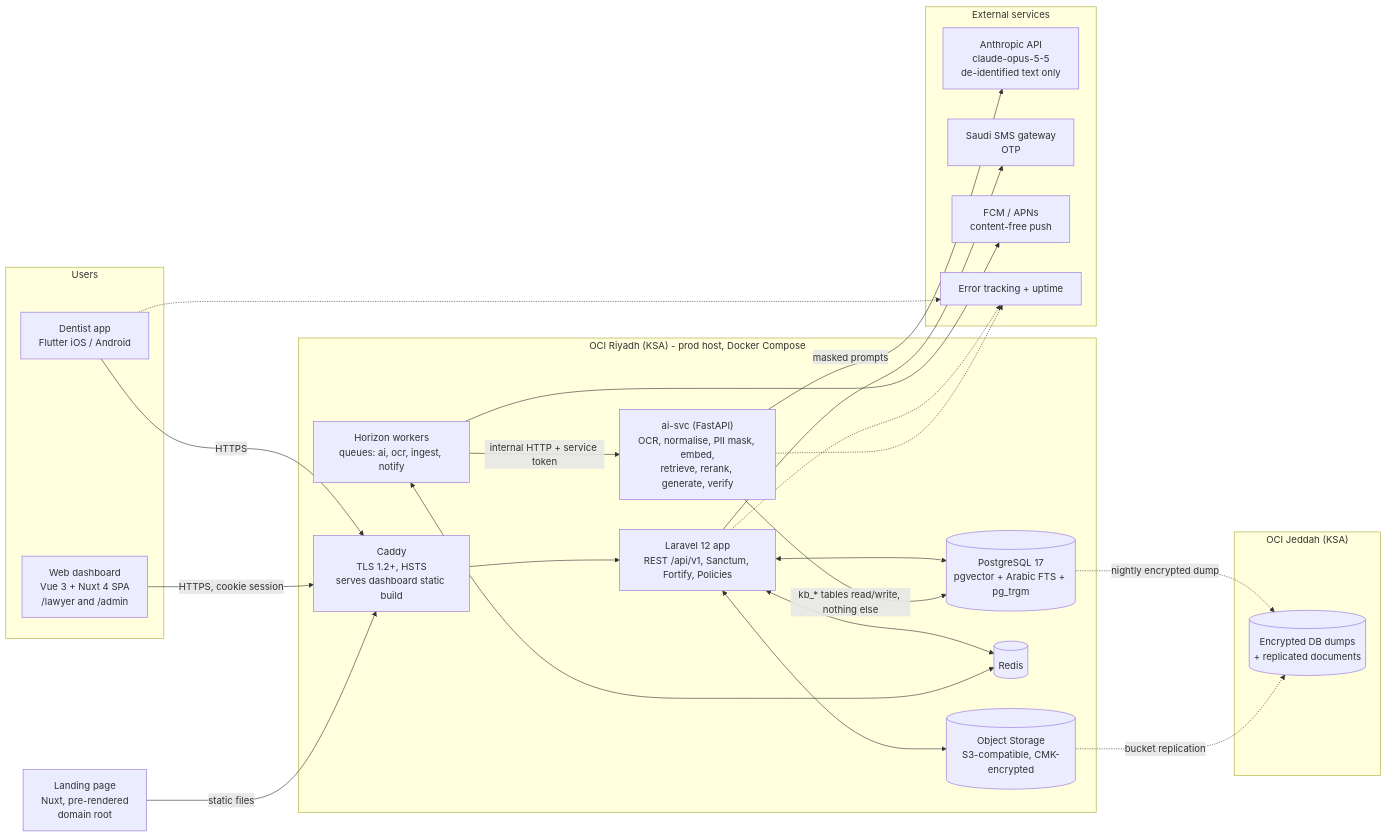
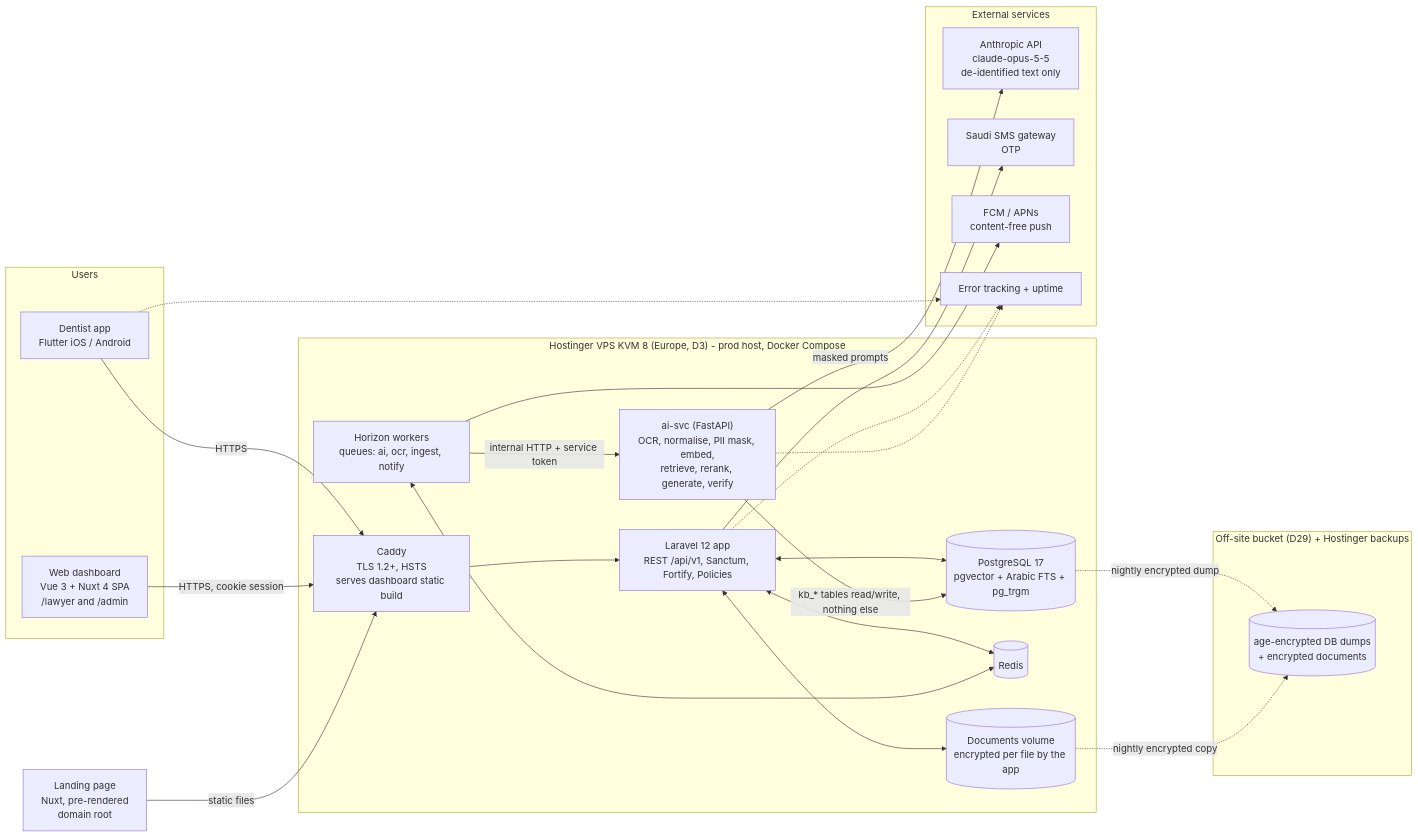
One commit to abdo-shrief270/DentLegal changed the first of 4 diagrams in PROJECT1_PLAN.md. Above: the diagram before and after it, drawn with Mermaid. The commit also changed other lines of this file and 5 other files, not shown here.

First line of the commit message:
Move hosting to Hostinger VPS and add UI preview deploy

````diff
--- a/PROJECT1_PLAN.md
+++ b/PROJECT1_PLAN.md
@@ -134,44 +134,44 @@
 ```mermaid
 flowchart LR
   subgraph Users
     D["Dentist app<br/>Flutter iOS / Android"]
     WD["Web dashboard<br/>Vue 3 + Nuxt 4 SPA<br/>/lawyer and /admin"]
   end
-  subgraph KSA1["OCI Riyadh (KSA) - prod host, Docker Compose"]
+  subgraph KSA1["Hostinger VPS KVM 8 (Europe, D3) - prod host, Docker Compose"]
     CD["Caddy<br/>TLS 1.2+, HSTS<br/>serves dashboard static build"]
     LA["Laravel 12 app<br/>REST /api/v1, Sanctum, Fortify, Policies"]
     HZ["Horizon workers<br/>queues: ai, ocr, ingest, notify"]
     AI["ai-svc (FastAPI)<br/>OCR, normalise, PII mask, embed,<br/>retrieve, rerank, generate, verify"]
     PG[("PostgreSQL 17<br/>pgvector + Arabic FTS + pg_trgm")]
     RD[("Redis")]
-    OS[("Object Storage<br/>S3-compatible, CMK-encrypted")]
+    OS[("Documents volume<br/>encrypted per file by the app")]
   end
-  subgraph KSA2["OCI Jeddah (KSA)"]
-    BK[("Encrypted DB dumps<br/>+ replicated documents")]
+  subgraph KSA2["Off-site bucket (D29) + Hostinger backups"]
+    BK[("age-encrypted DB dumps<br/>+ encrypted documents")]
   end
   subgraph EXT["External services"]
     ANT["Anthropic API<br/>claude-opus-5-5<br/>de-identified text only"]
     SMS["Saudi SMS gateway<br/>OTP"]
     FCM["FCM / APNs<br/>content-free push"]
     MON["Error tracking + uptime"]
   end
   D -- HTTPS --> CD
   LP["Landing page<br/>Nuxt, pre-rendered<br/>domain root"]
   WD -- "HTTPS, cookie session" --> CD
   LP -- "static files" --> CD
   CD --> LA
   LA <--> PG
   LA <--> RD
   LA <--> OS
   HZ <--> RD
   HZ -- "internal HTTP + service token" --> AI
   AI -- "kb_* tables read/write, nothing else" --> PG
   AI -- "masked prompts" --> ANT
   LA --> SMS
   HZ --> FCM
   PG -. "nightly encrypted dump" .-> BK
-  OS -. "bucket replication" .-> BK
+  OS -. "nightly encrypted copy" .-> BK
   LA -.-> MON
   AI -.-> MON
   D -.-> MON
 ```
````
